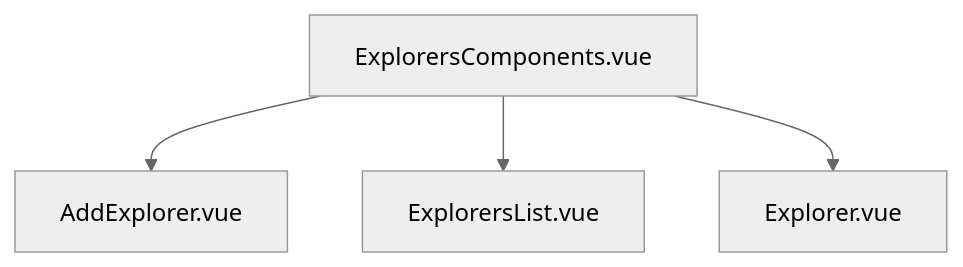
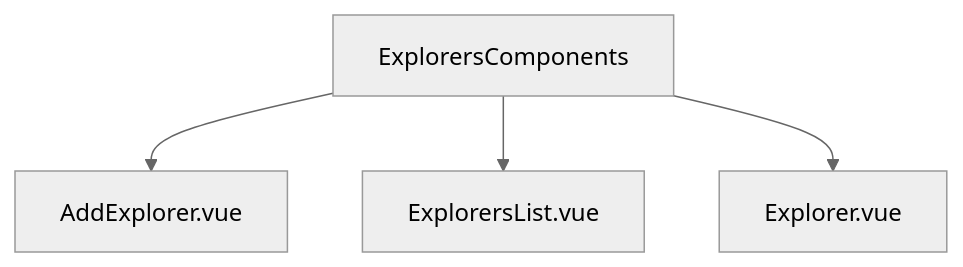
Before and after one commit to martinGM05/client-launchx: the third of 5 diagrams in README.md, drawn with Mermaid (neutral theme). The commit also changed other lines of this file, not shown here.

````diff
--- a/README.md
+++ b/README.md
@@ -38,6 +38,6 @@
 ```mermaid
 graph TD;
-    ExplorersComponents.vue --> AddExplorer.vue;
-    ExplorersComponents.vue --> ExplorersList.vue;
-    ExplorersComponents.vue --> Explorer.vue;
+    ExplorersComponents --> AddExplorer.vue;
+    ExplorersComponents --> ExplorersList.vue;
+    ExplorersComponents --> Explorer.vue;
 ```
````
